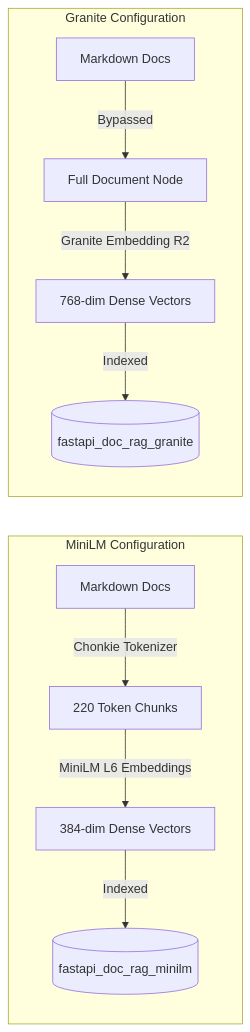
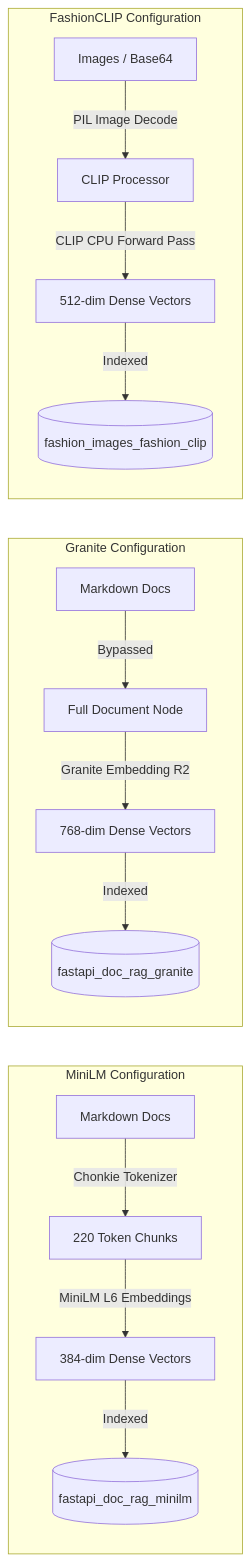
One commit to parthmh/fastapi_doc_rag changed the second of 2 diagrams in docs/architecture.md. Above: the diagram before and after it, drawn with Mermaid. The commit also changed other lines of this file and 4 other files, not shown here.

Commit message:
docs: update architecture, dataflow, deployment, index, and multiprocessing pipelines for multimodal image worker integration

````diff
--- a/docs/architecture.md
+++ b/docs/architecture.md
@@ -23,14 +56,20 @@
 ```mermaid
 graph LR
     subgraph MiniLM Tier [MiniLM Configuration]
         M_Doc[Markdown Docs] -->|Chonkie Tokenizer| M_Chunk[220 Token Chunks]
         M_Chunk -->|MiniLM L6 Embeddings| M_Dense[384-dim Dense Vectors]
         M_Dense -->|Indexed| M_Col[(fastapi_doc_rag_minilm)]
     end
 
     subgraph Granite Tier [Granite Configuration]
         G_Doc[Markdown Docs] -->|Bypassed| G_Node[Full Document Node]
         G_Node -->|Granite Embedding R2| G_Dense[768-dim Dense Vectors]
         G_Dense -->|Indexed| G_Col[(fastapi_doc_rag_granite)]
     end
+
+    subgraph FashionCLIP Tier [FashionCLIP Configuration]
+        F_Img[Images / Base64] -->|PIL Image Decode| F_Proc[CLIP Processor]
+        F_Proc -->|CLIP CPU Forward Pass| F_Dense[512-dim Dense Vectors]
+        F_Dense -->|Indexed| F_Col[(fashion_images_fashion_clip)]
+    end
 ```
````
